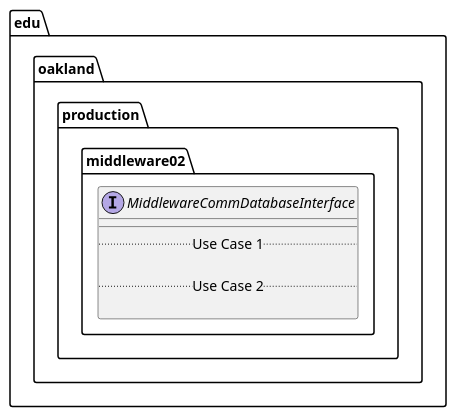
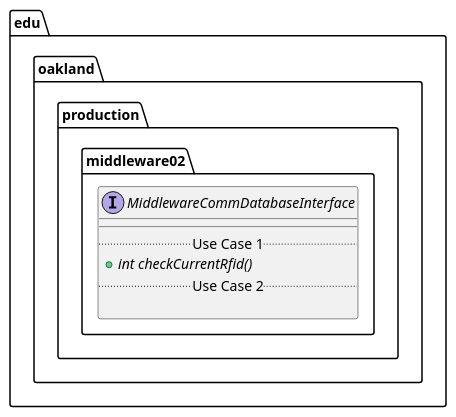
The diagram in docs/uml-class-diagrams/middleware02/production/MiddlewareCommDatabaseInterface/MiddlewareCommDatabaseInterface.puml (elilley15/csi-3370-software-project), drawn with PlantUML before and after one commit. The commit also changed 3 other files, not shown here.

```diff
--- a/docs/uml-class-diagrams/middleware02/production/MiddlewareCommDatabaseInterface/MiddlewareCommDatabaseInterface.puml
+++ b/docs/uml-class-diagrams/middleware02/production/MiddlewareCommDatabaseInterface/MiddlewareCommDatabaseInterface.puml
@@ -1,13 +1,13 @@
 @startuml MiddlewareCommDatabaseInterface
 
 package edu.oakland.production.middleware02 {
     interface MiddlewareCommDatabaseInterface {
         __
         .. Use Case 1 ..
-
+        {abstract} + int checkCurrentRfid()
         .. Use Case 2 ..
 
     }
 }
 
 @enduml
```
